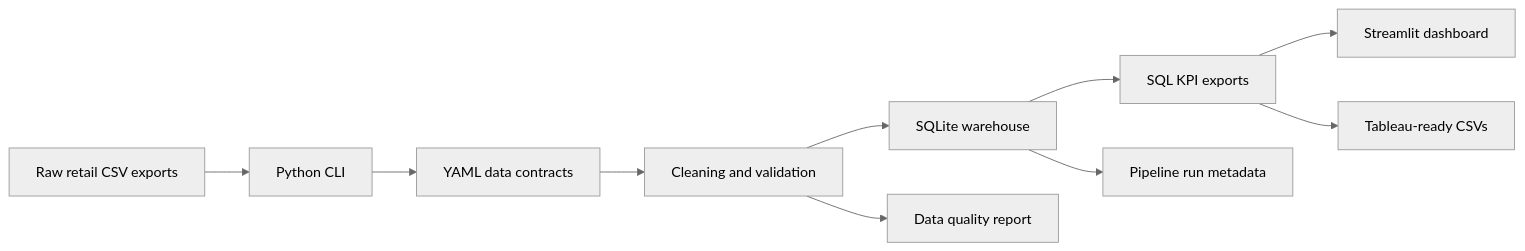
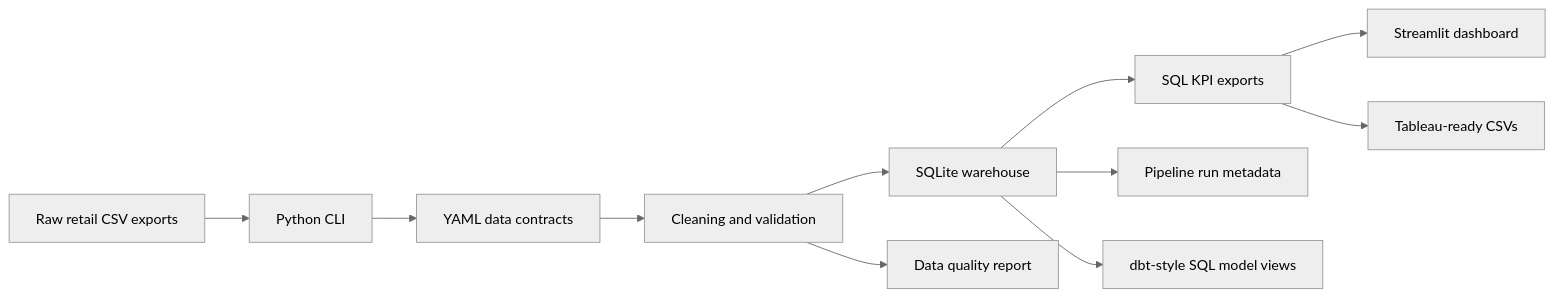
One commit to AhmedYasserShalaby/data-pipeline-kpi-dashboard changed the diagram in README.md. Above: the diagram before and after it, drawn with Mermaid (neutral theme). The commit also changed other lines of this file and 18 other files, not shown here.

````diff
--- a/README.md
+++ b/README.md
@@ -47,12 +51,13 @@
 ```mermaid
 flowchart LR
     A[Raw retail CSV exports] --> B[Python CLI]
     B --> C[YAML data contracts]
     C --> D[Cleaning and validation]
     D --> E[SQLite warehouse]
     E --> F[SQL KPI exports]
     E --> G[Pipeline run metadata]
-    F --> H[Streamlit dashboard]
-    F --> I[Tableau-ready CSVs]
-    D --> J[Data quality report]
+    E --> H[dbt-style SQL model views]
+    F --> I[Streamlit dashboard]
+    F --> J[Tableau-ready CSVs]
+    D --> K[Data quality report]
 ```
````
